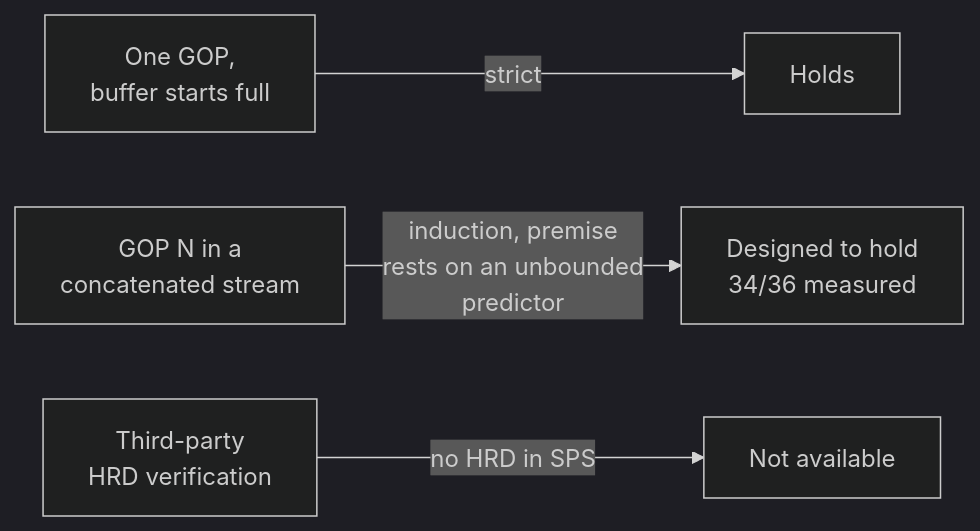
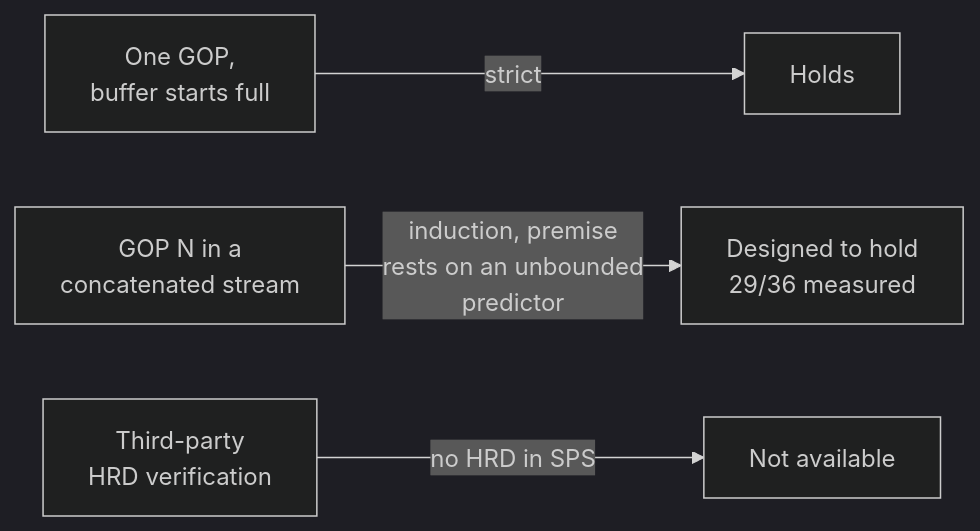
One commit to terranvigil/yah264 changed the second of 2 diagrams in docs/rate-control.md. Above: the diagram before and after it, drawn with Mermaid (dark theme). The commit also changed other lines of this file and 35 other files, not shown here.

````diff
--- a/docs/rate-control.md
+++ b/docs/rate-control.md
@@ -363,6 +370,6 @@
 ```mermaid
 flowchart LR
  A["One GOP,<br/>buffer starts full"] -->|"strict"| B["Holds"]
- C["GOP N in a<br/>concatenated stream"] -->|"induction, premise<br/>rests on an unbounded<br/>predictor"| D["Designed to hold<br/>34/36 measured"]
+ C["GOP N in a<br/>concatenated stream"] -->|"induction, premise<br/>rests on an unbounded<br/>predictor"| D["Designed to hold<br/>29/36 measured"]
  E["Third-party<br/>HRD verification"] -->|"no HRD in SPS"| F["Not available"]
 ```
````
